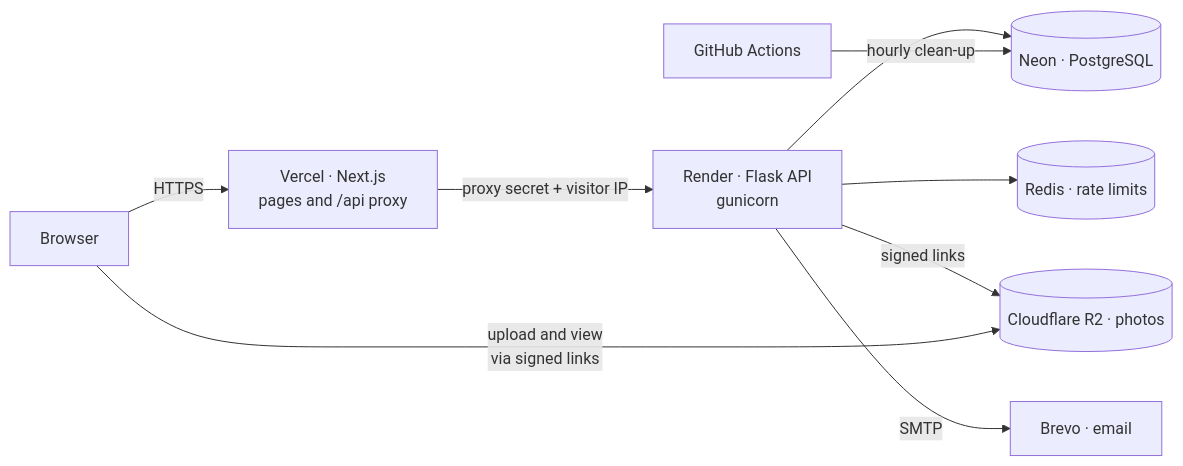
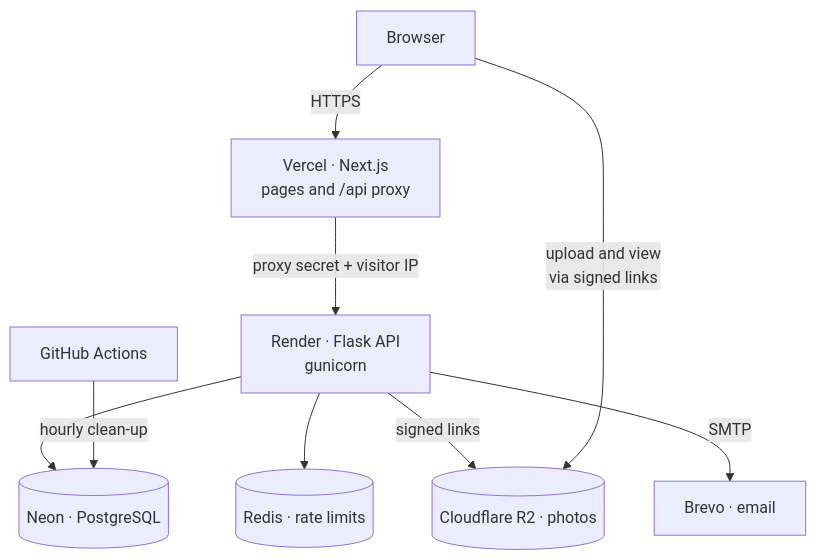
Before and after one commit to Griffinsshem/propflow: the diagram in README.md, drawn with Mermaid.

Commit message:
docs: draw the architecture top to bottom so nothing hides behind GitHub's controls

````diff
--- a/README.md
+++ b/README.md
@@ -33,11 +33,11 @@
 ```mermaid
-flowchart LR
+flowchart TB
   B[Browser] -->|HTTPS| V["Vercel · Next.js<br/>pages and /api proxy"]
   V -->|"proxy secret + visitor IP"| A["Render · Flask API<br/>gunicorn"]
   A --> N[("Neon · PostgreSQL")]
   A --> R[("Redis · rate limits")]
   A -->|"signed links"| S[("Cloudflare R2 · photos")]
   B -->|"upload and view<br/>via signed links"| S
   A -->|"SMTP"| E["Brevo · email"]
   G["GitHub Actions"] -->|"hourly clean-up"| N
 ```
````
